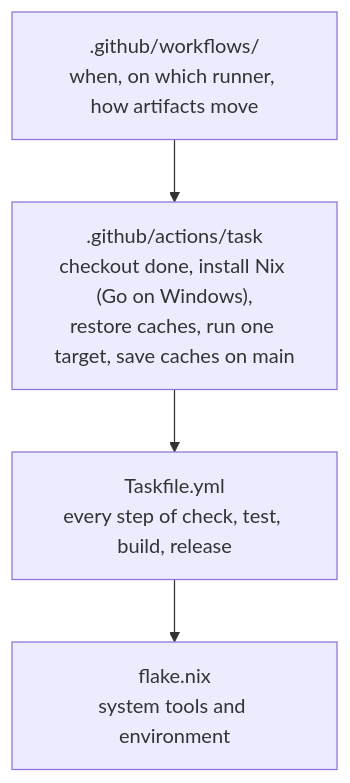
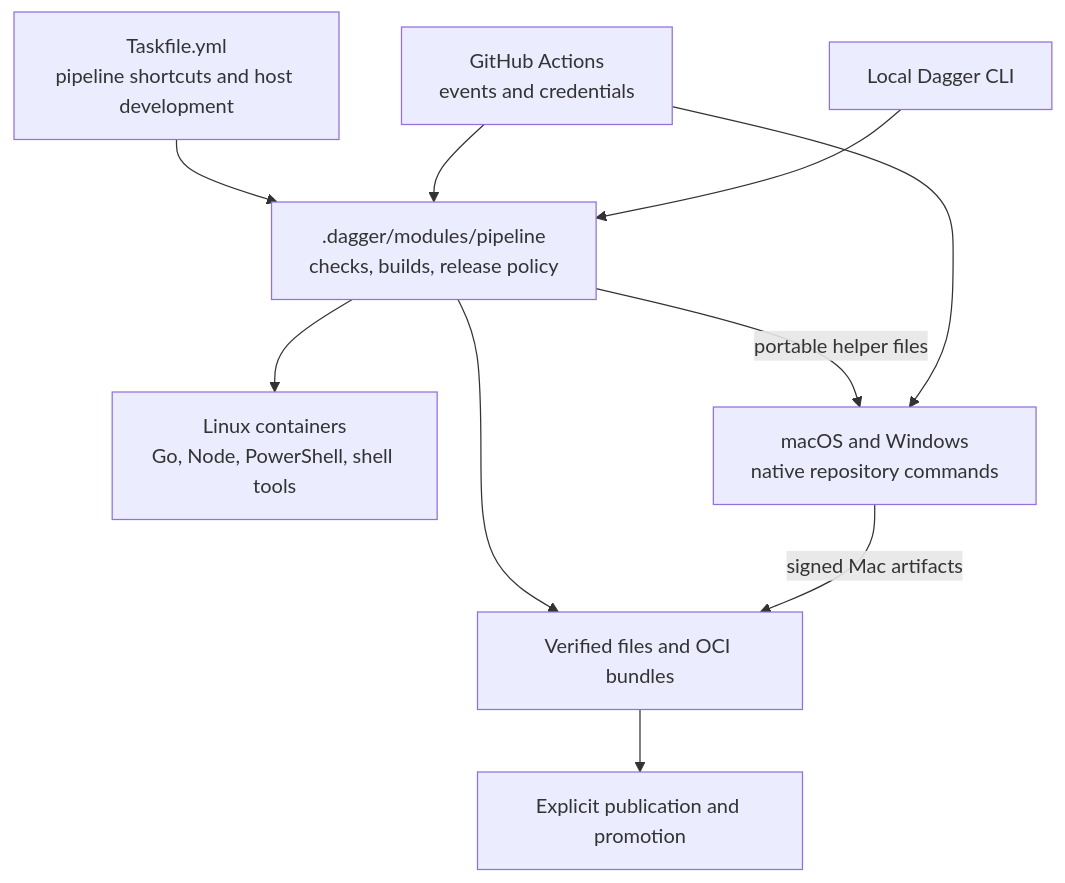
Before and after one commit to discobox-ai/discobox: the third of 4 diagrams in DESIGN.md, drawn with Mermaid. The commit also changed other lines of this file and 64 other files, not shown here.

First line of the commit message:
feat(ci): move portable CI and release orchestration to Dagger

````diff
--- a/DESIGN.md
+++ b/DESIGN.md
@@ -255,9 +255,12 @@
 ```mermaid
 flowchart TD
-    workflows[".github/workflows/<br/>when, on which runner, how artifacts move"]
-    action[".github/actions/task<br/>checkout done, install Nix (Go on Windows),<br/>restore caches, run one target, save caches on main"]
-    taskfile["Taskfile.yml<br/>every step of check, test, build, release"]
-    flake["flake.nix<br/>system tools and environment"]
-
-    workflows --> action --> taskfile --> flake
+    local["Local Dagger CLI"] --> pipeline[".dagger/modules/pipeline<br/>checks, builds, release policy"]
+    actions["GitHub Actions<br/>events and credentials"] --> pipeline
+    taskfile["Taskfile.yml<br/>pipeline shortcuts and host development"] --> pipeline
+    pipeline --> linux["Linux containers<br/>Go, Node, PowerShell, shell tools"]
+    actions --> native["macOS and Windows<br/>native repository commands"]
+    pipeline -->|"portable helper files"| native
+    native -->|"signed Mac artifacts"| artifacts
+    pipeline --> artifacts["Verified files and OCI bundles"]
+    artifacts --> publish["Explicit publication and promotion"]
 ```
````
